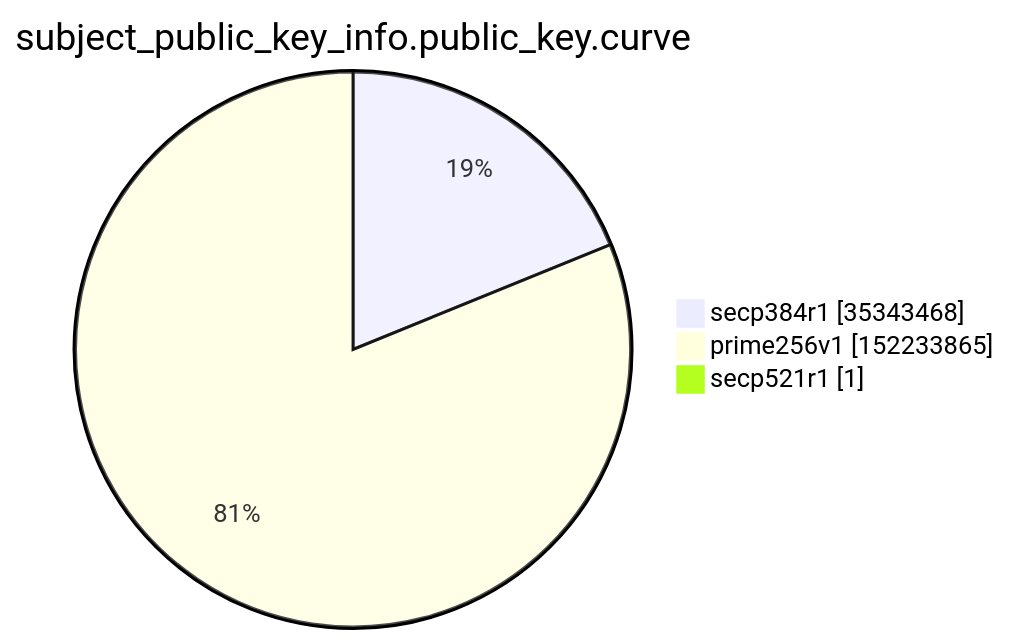
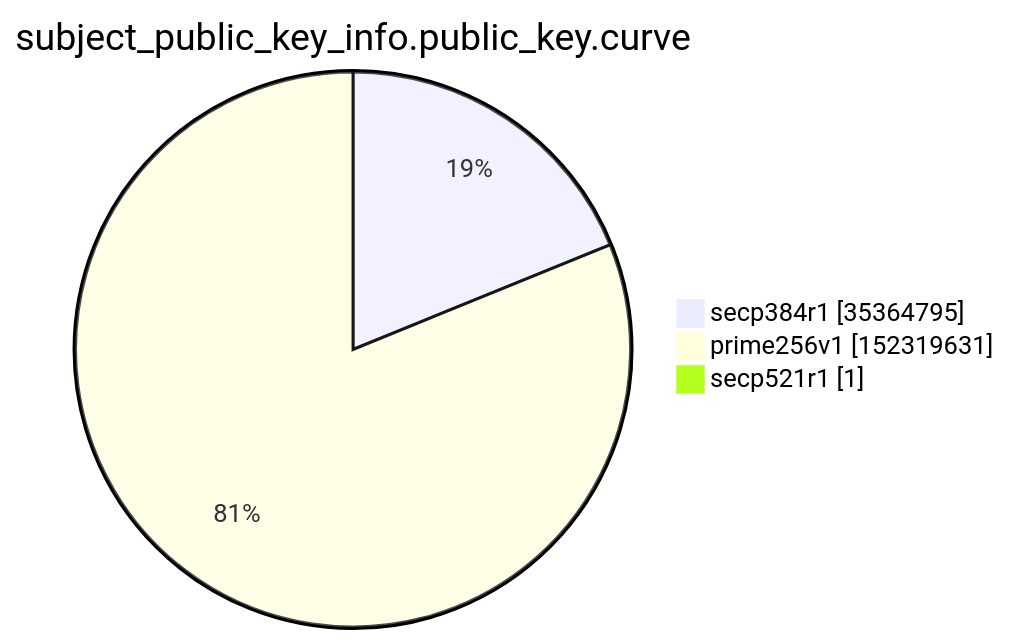
Before and after one commit to christiankrug/ctmonitor_visualization: the ninth of 15 diagrams in argon2022/README.md, drawn with Mermaid. The commit also changed other lines of this file, not shown here.

````diff
--- a/argon2022/README.md
+++ b/argon2022/README.md
@@ -2765,7 +2765,7 @@
 ```mermaid
 pie showData
 title subject_public_key_info.public_key.curve
-"secp384r1" :35343468
-"prime256v1" :152233865
+"secp384r1" :35364795
+"prime256v1" :152319631
 "secp521r1" :1
 ```
````
